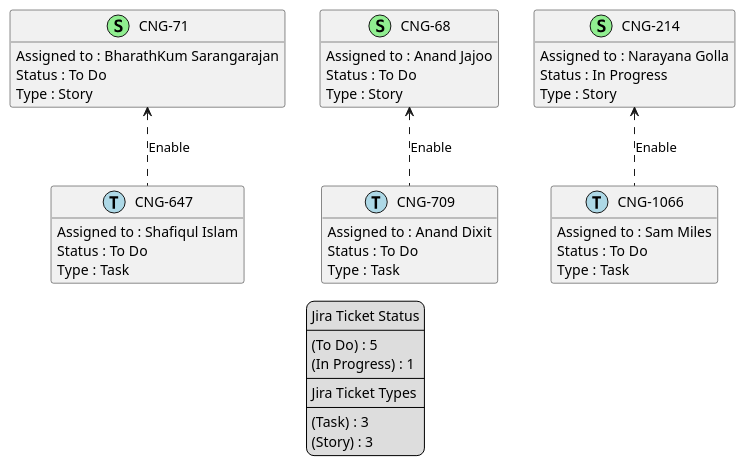
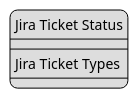
The diagram in temp/jiraEnable.puml (brunasti/jiraplotter), drawn with PlantUML before and after one commit. The commit also changed 57 other files, not shown here.

```diff
--- a/temp/jiraEnable.puml
+++ b/temp/jiraEnable.puml
@@ -1,67 +1,24 @@
 @startuml
 'https://plantuml.com/class-diagram
 
 ' GENERATE CLASS DIAGRAM ===========
-' Generated at    : Mon Apr 15 11:44:38 CEST 2024
+' Generated at    : Mon Apr 15 12:32:40 CEST 2024
 
 hide empty members
 
 legend
 Jira Ticket Status
 ----
-(To Do) : 5
-(In Progress) : 1
 ----
 Jira Ticket Types
 ----
-(Task) : 3
-(Story) : 3
 end legend
 
 
 ' Tickets =======
-class "CNG-647" << (T,lightblue) >> {
-  Assigned to : Shafiqul Islam
-  Status : To Do
-  Type : Task
-}
-
-class "CNG-68" << (S,lightgreen) >> {
-  Assigned to : Anand Jajoo
-  Status : To Do
-  Type : Story
-}
-
-class "CNG-709" << (T,lightblue) >> {
-  Assigned to : Anand Dixit
-  Status : To Do
-  Type : Task
-}
-
-class "CNG-71" << (S,lightgreen) >> {
-  Assigned to : BharathKum Sarangarajan
-  Status : To Do
-  Type : Story
-}
-
-class "CNG-214" << (S,lightgreen) >> {
-  Assigned to : Narayana Golla
-  Status : In Progress
-  Type : Story
-}
-
-class "CNG-1066" << (T,lightblue) >> {
-  Assigned to : Sam Miles
-  Status : To Do
-  Type : Task
-}
-
 
 
 ' Links =======
-"CNG-71" <.. "CNG-647" : Enable
-"CNG-214" <.. "CNG-1066" : Enable
-"CNG-68" <.. "CNG-709" : Enable
 
 
 @enduml
```
